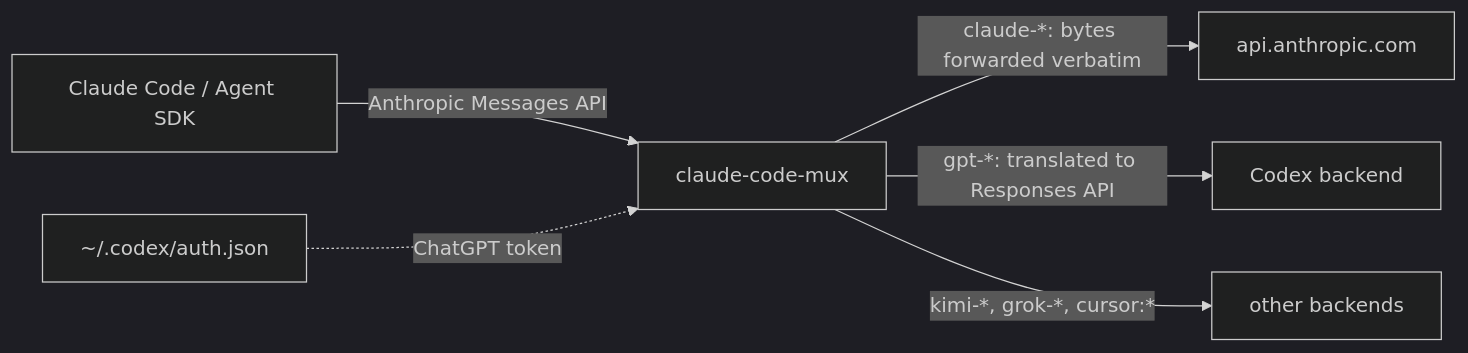
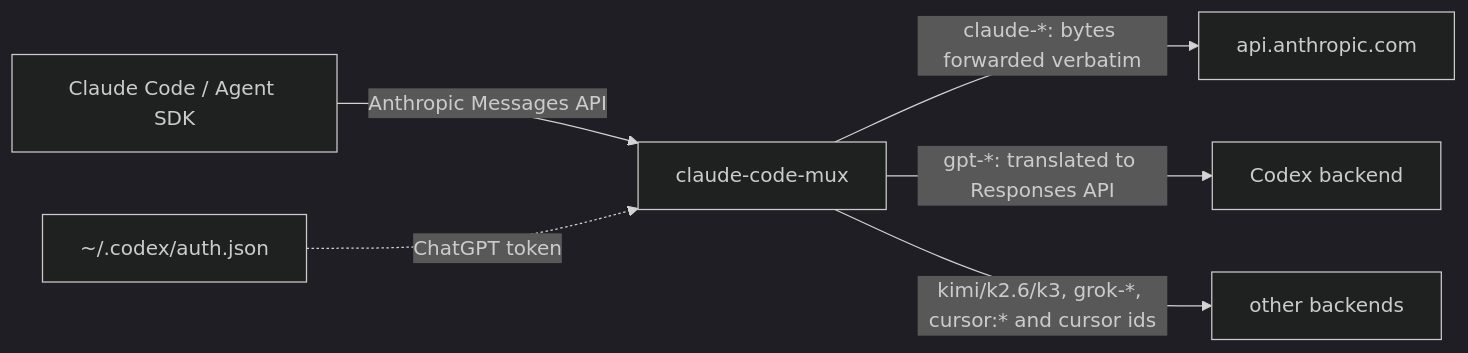
Before and after one commit to null-topology/claude-code-mux: the diagram in README.md, drawn with Mermaid (dark theme). The commit also changed other lines of this file and 1 other file, not shown here.

````diff
--- a/README.md
+++ b/README.md
@@ -454,8 +359,8 @@
 ```mermaid
 flowchart LR
     CC[Claude Code / Agent SDK] -->|Anthropic Messages API| P[claude-code-mux]
     P -->|claude-*: bytes forwarded verbatim| A[api.anthropic.com]
     P -->|gpt-*: translated to Responses API| X[Codex backend]
-    P -->|kimi-*, grok-*, cursor:*| O[other backends]
+    P -->|kimi/k2.6/k3, grok-*, cursor:* and cursor ids| O[other backends]
     K[~/.codex/auth.json] -. ChatGPT token .-> P
 ```
````
